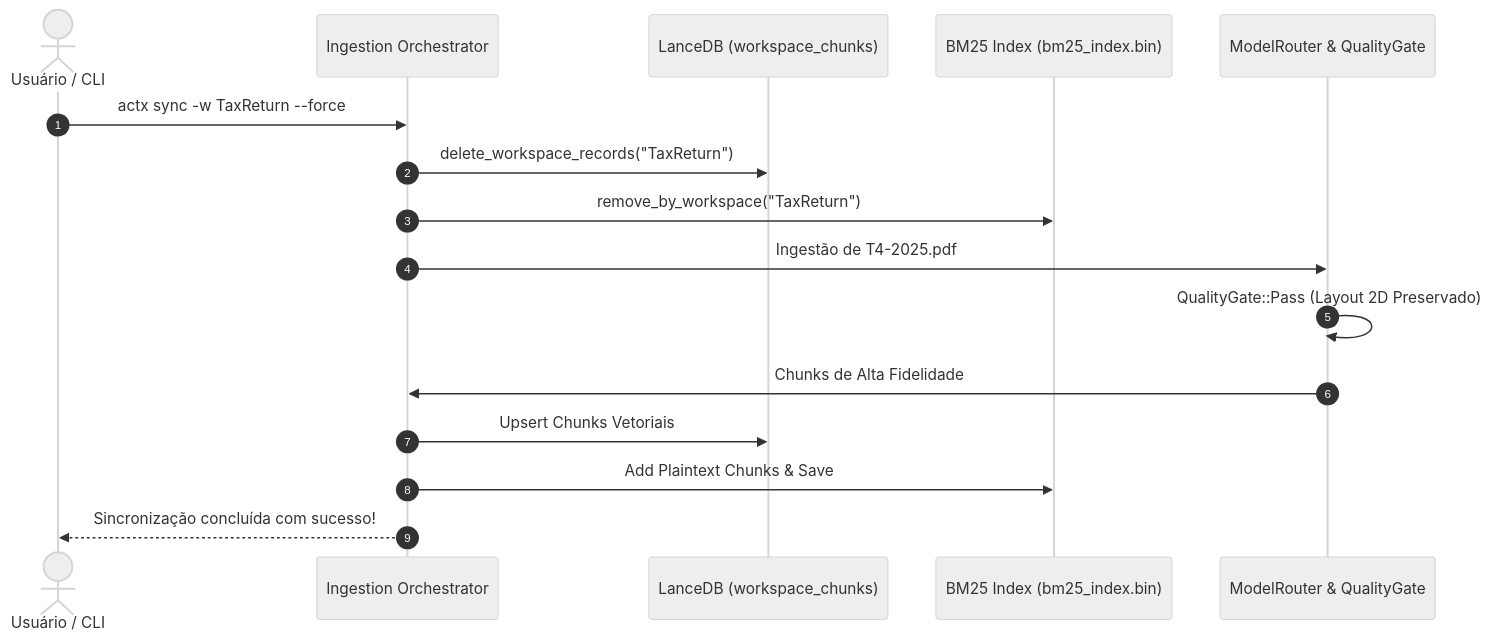
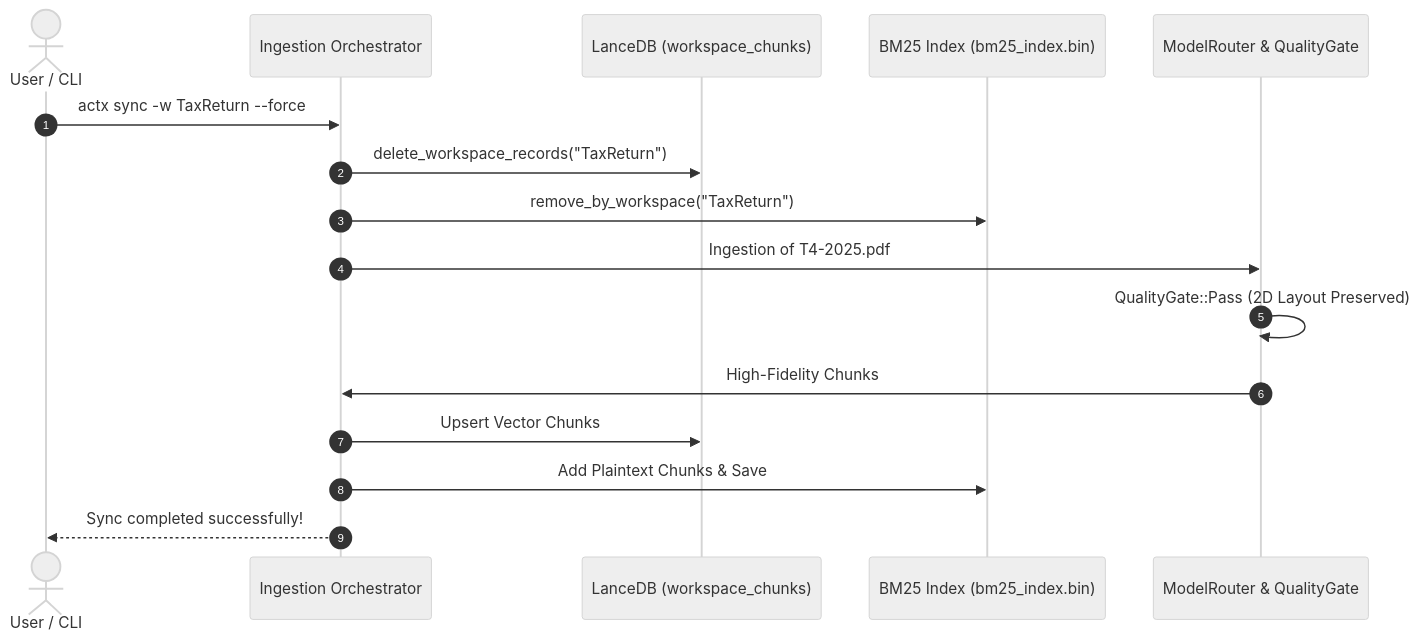
Before and after one commit to Levix-Digital/any-context: the second of 2 diagrams in docs/plans/anycontext_blueprint_v0345_rag_semantic_fidelity_fix.md, drawn with Mermaid (neutral theme). The commit also changed other lines of this file, not shown here.

First line of the commit message:
docs(plans): translate the v0.34.5 semantic fidelity plan to English

````diff
--- a/docs/plans/anycontext_blueprint_v0345_rag_semantic_fidelity_fix.md
+++ b/docs/plans/anycontext_blueprint_v0345_rag_semantic_fidelity_fix.md
@@ -140,19 +140,19 @@
 ```mermaid
 sequenceDiagram
     autonumber
-    actor User as Usuário / CLI
+    actor User as User / CLI
     participant Orchestrator as Ingestion Orchestrator
     participant LanceStore as LanceDB (workspace_chunks)
     participant BM25 as BM25 Index (bm25_index.bin)
     participant ModelRouter as ModelRouter & QualityGate
 
     User->>Orchestrator: actx sync -w TaxReturn --force
     Orchestrator->>LanceStore: delete_workspace_records("TaxReturn")
     Orchestrator->>BM25: remove_by_workspace("TaxReturn")
-    Orchestrator->>ModelRouter: Ingestão de T4-2025.pdf
-    ModelRouter->>ModelRouter: QualityGate::Pass (Layout 2D Preservado)
-    ModelRouter->>Orchestrator: Chunks de Alta Fidelidade
-    Orchestrator->>LanceStore: Upsert Chunks Vetoriais
+    Orchestrator->>ModelRouter: Ingestion of T4-2025.pdf
+    ModelRouter->>ModelRouter: QualityGate::Pass (2D Layout Preserved)
+    ModelRouter->>Orchestrator: High-Fidelity Chunks
+    Orchestrator->>LanceStore: Upsert Vector Chunks
     Orchestrator->>BM25: Add Plaintext Chunks & Save
-    Orchestrator-->>User: Sincronização concluída com sucesso!
+    Orchestrator-->>User: Sync completed successfully!
 ```
````
